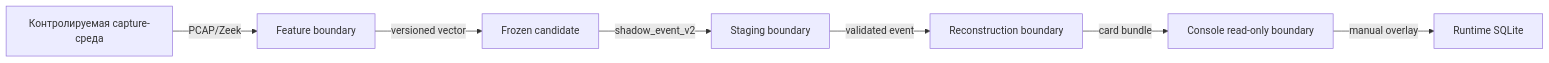
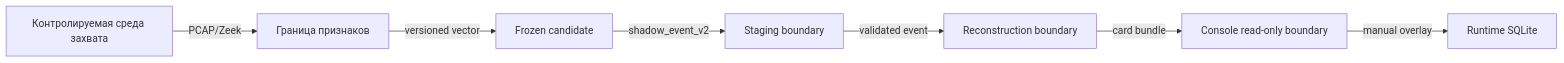
Before and after one commit to mikuliv/filin: the diagram in docs/architecture/trust-boundaries.md, drawn with Mermaid. The commit also changed 44 other files, not shown here.

````diff
--- a/docs/architecture/trust-boundaries.md
+++ b/docs/architecture/trust-boundaries.md
@@ -5,9 +5,9 @@
 ```mermaid
 flowchart LR
-    A["Контролируемая capture-среда"] -->|"PCAP/Zeek"| B["Feature boundary"]
+    A["Контролируемая среда захвата"] -->|"PCAP/Zeek"| B["Граница признаков"]
     B -->|"versioned vector"| C["Frozen candidate"]
     C -->|"shadow_event_v2"| D["Staging boundary"]
     D -->|"validated event"| E["Reconstruction boundary"]
     E -->|"card bundle"| F["Console read-only boundary"]
     F -->|"manual overlay"| G["Runtime SQLite"]
 ```
````
